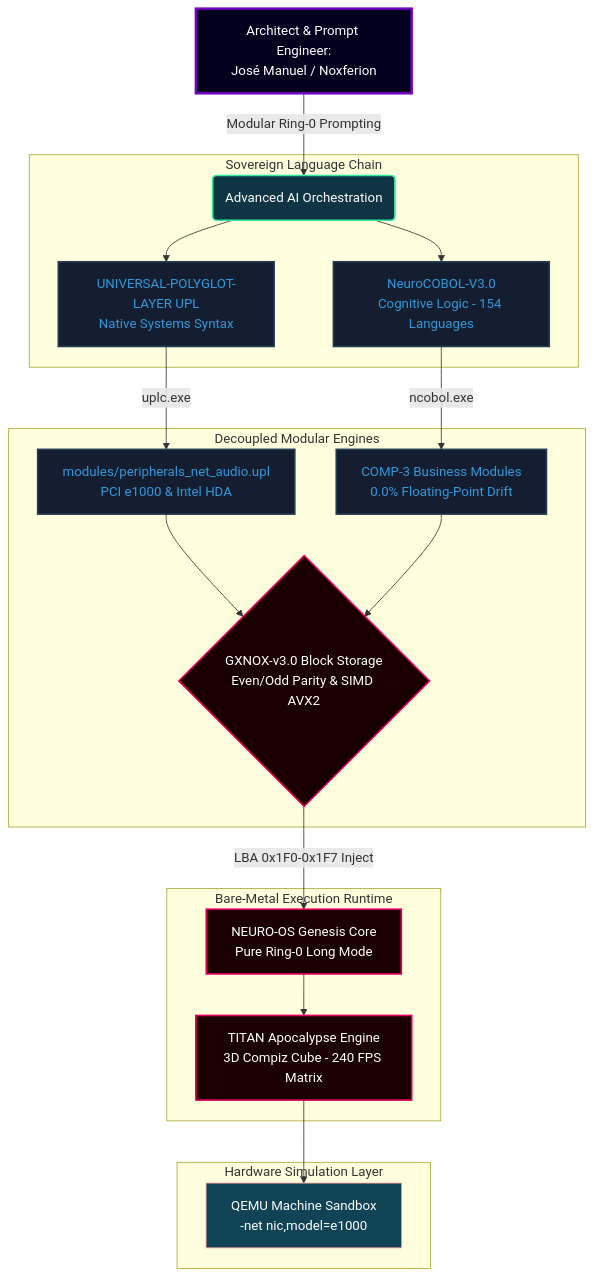
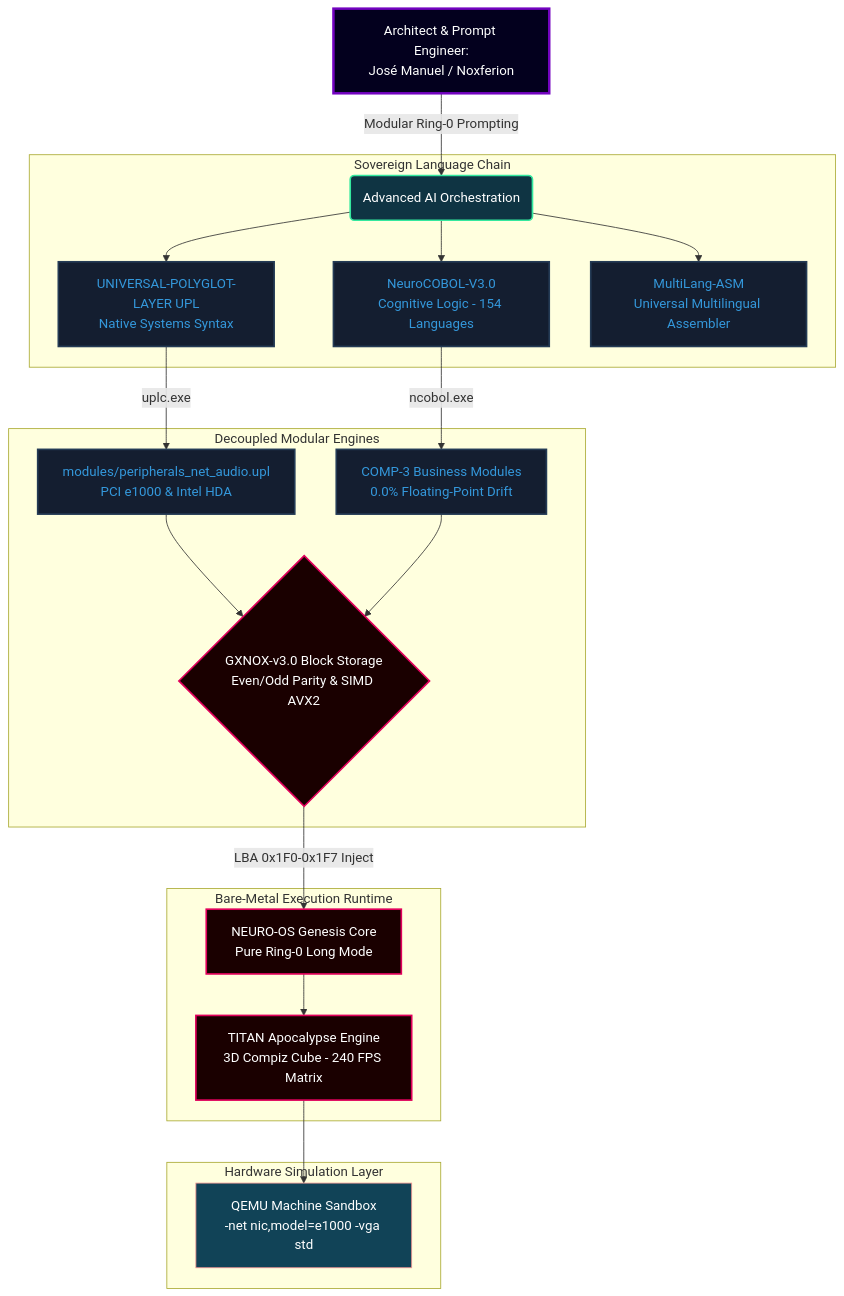
One commit to cyberenigma-lgtm/cyberenigma-lgtm changed the diagram in README.md. Above: the diagram before and after it, drawn with Mermaid. The commit also changed other lines of this file and 3 other files, not shown here.

````diff
--- a/README.md
+++ b/README.md
@@ -19,30 +76,31 @@
 ```mermaid
 graph TD
     classDef user fill:#03001e,stroke:#7303c0,stroke-width:3px,color:#fff;
     classDef ai fill:#0f3443,stroke:#34e89e,stroke-width:2px,color:#fff;
     classDef language fill:#141e30,stroke:#243b55,stroke-width:2px,color:#3498db;
     classDef kernel fill:#1a0000,stroke:#e1005b,stroke-width:2px,color:#fff;
     classDef hardware fill:#114357,stroke:#f29492,stroke-width:1px,color:#fff;
 
     A[Architect & Prompt Engineer:<br>José Manuel / Noxferion]:::user -->|Modular Ring-0 Prompting| B(Advanced AI Orchestration):::ai
     
     subgraph Toolchain_Soberana [Sovereign Language Chain]
         B --> C[UNIVERSAL-POLYGLOT-LAYER UPL<br>Native Systems Syntax]:::language
         B --> D[NeuroCOBOL-V3.0<br>Cognitive Logic - 154 Languages]:::language
+        B --> K[MultiLang-ASM<br>Universal Multilingual Assembler]:::language
     end
 
     subgraph Persistencia_y_Motores [Decoupled Modular Engines]
         C -->|uplc.exe| E[modules/peripherals_net_audio.upl<br>PCI e1000 & Intel HDA]:::language
         D -->|ncobol.exe| F[COMP-3 Business Modules<br>0.0% Floating-Point Drift]:::language
         E & F --> G{GXNOX-v3.0 Block Storage<br>Even/Odd Parity & SIMD AVX2}:::kernel
     end
 
     subgraph Nucleo_y_Graficos [Bare-Metal Execution Runtime]
         G -->|LBA 0x1F0-0x1F7 Inject| H[NEURO-OS Genesis Core<br>Pure Ring-0 Long Mode]:::kernel
         H --> I[TITAN Apocalypse Engine<br>3D Compiz Cube - 240 FPS Matrix]:::kernel
     end
     
     subgraph Emulacion_Fisica [Hardware Simulation Layer]
-        I --> J[QEMU Machine Sandbox<br>-net nic,model=e1000]:::hardware
+        I --> J[QEMU Machine Sandbox<br>-net nic,model=e1000 -vga std]:::hardware
     end
 ```
````
